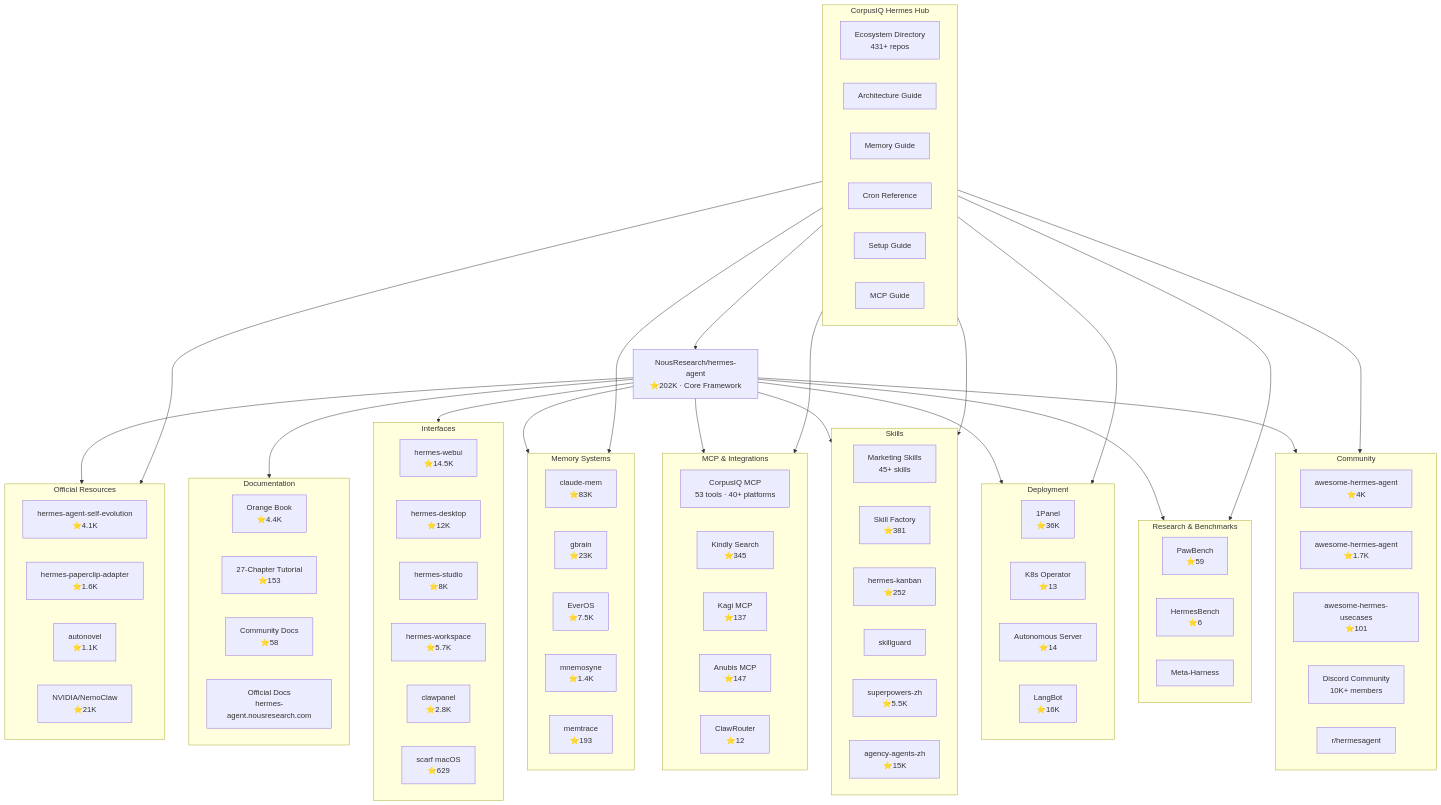
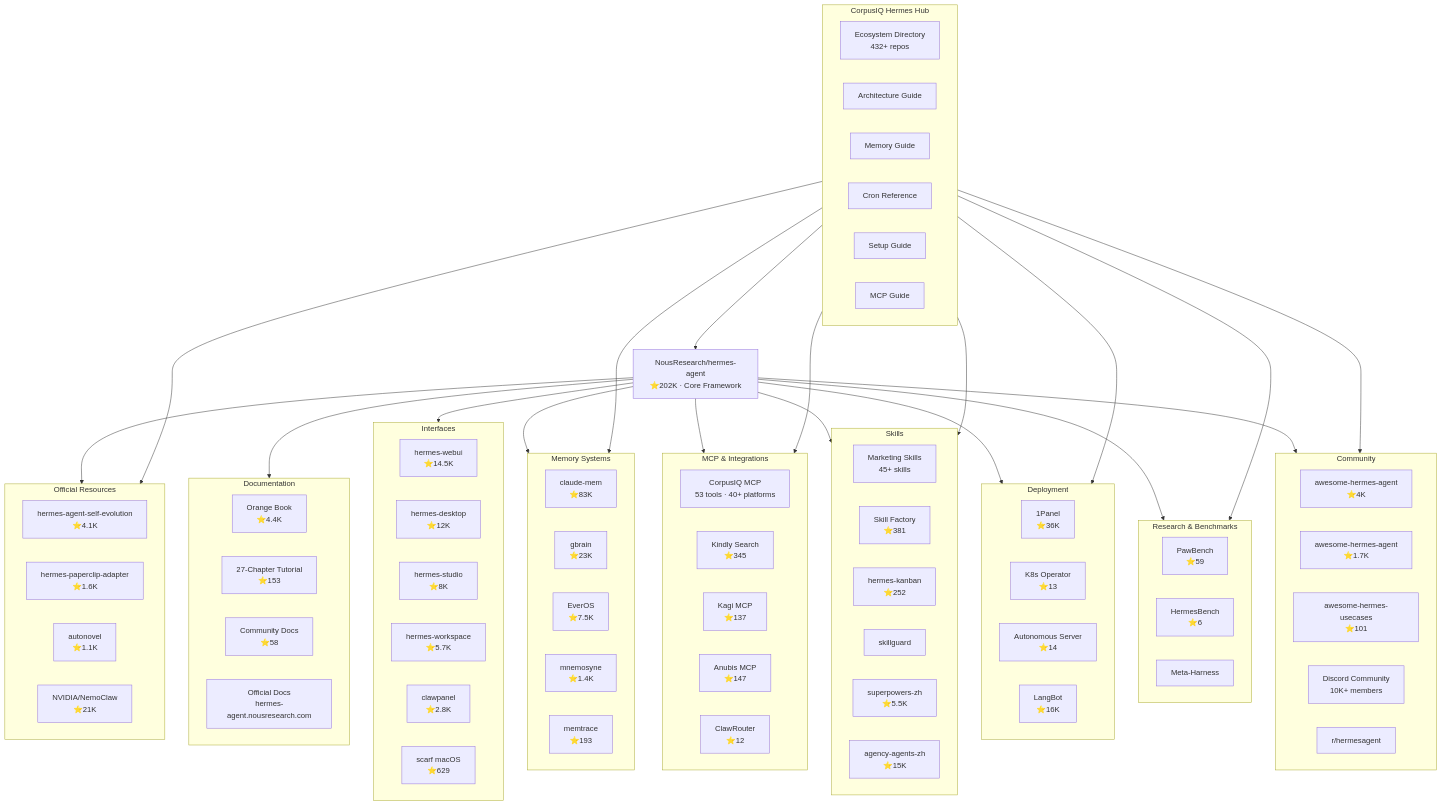
The first of 4 diagrams in hermes/ecosystem-map.md (CorpusIQ/corpusiq-docs), drawn with Mermaid before and after one commit. The commit also changed other lines of this file and 10 other files, not shown here.

```diff
--- a/hermes/ecosystem-map.md
+++ b/hermes/ecosystem-map.md
@@ -88,7 +88,7 @@
     end
 
     subgraph CORPUSIQ_HUB[CorpusIQ Hermes Hub]
-        ECOSYSTEM[Ecosystem Directory<br/>431+ repos]
+        ECOSYSTEM[Ecosystem Directory<br/>432+ repos]
         ARCHITECTURE[Architecture Guide]
         KNOWLEDGE[Memory Guide]
         CRONS[Cron Reference]
```
